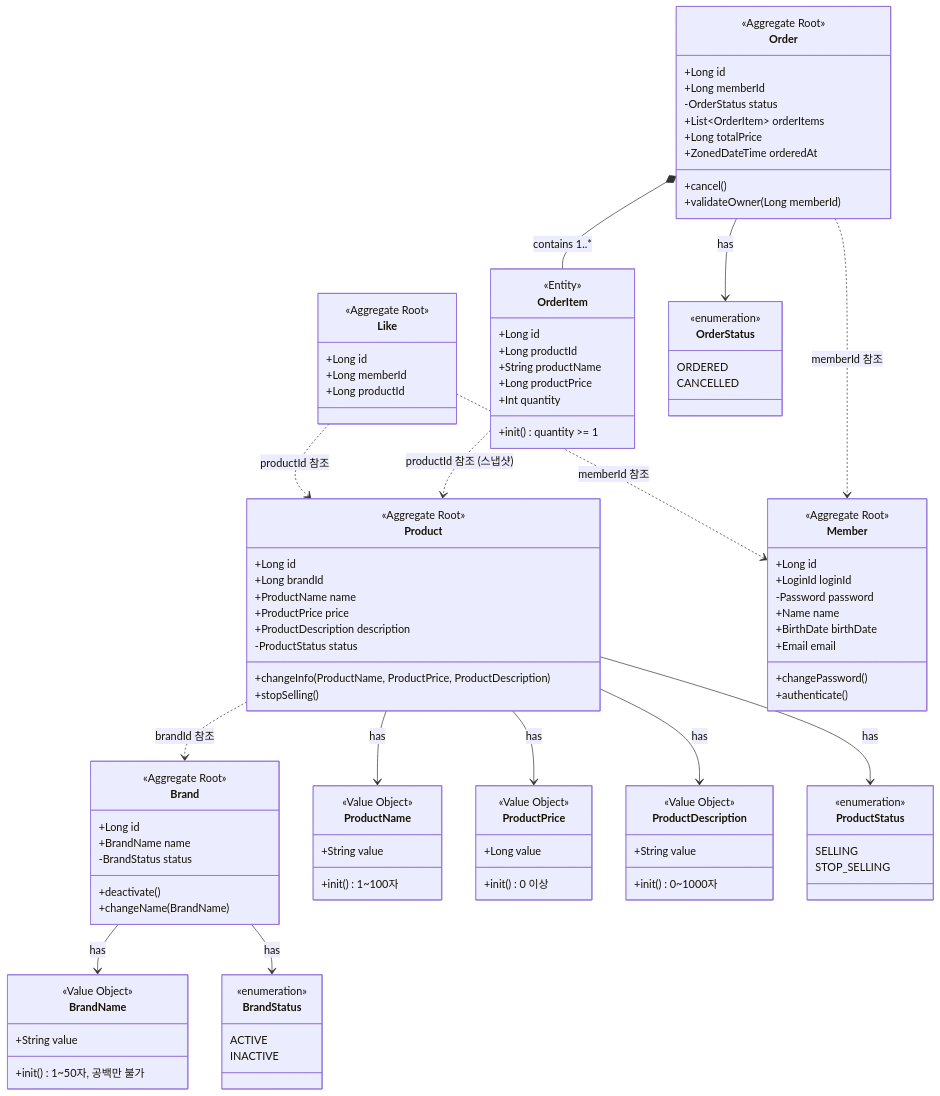
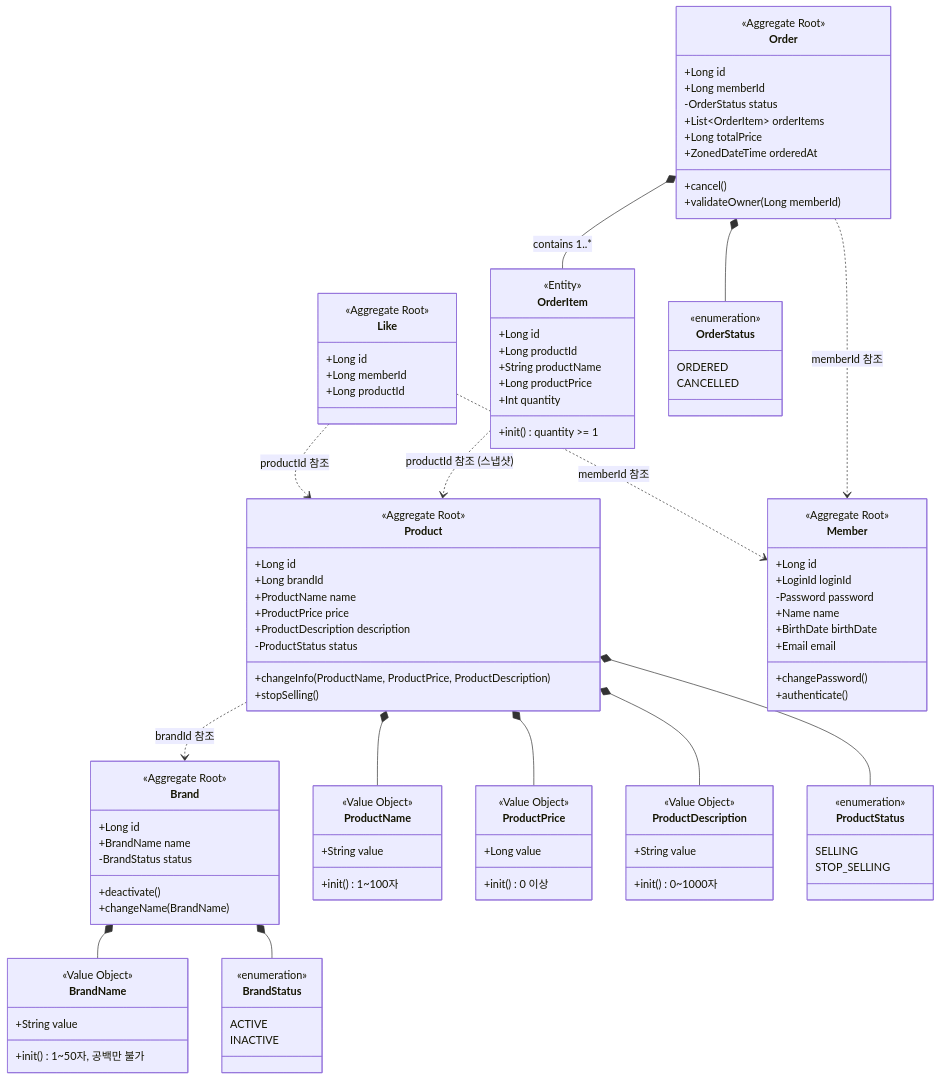
One commit to Loopers-dev-lab/loop-pack-be-l2-vol3-kotlin changed the first of 6 diagrams in .docs/design/03-class-diagram.md. Above: the diagram before and after it, drawn with Mermaid. The commit also changed other lines of this file and 1 other file, not shown here.

First line of the commit message:
docs(design): UML 표준 준수를 위한 다이어그램 표기법 수정

```diff
--- a/.docs/design/03-class-diagram.md
+++ b/.docs/design/03-class-diagram.md
@@ -33,8 +33,8 @@
         INACTIVE
     }
 
-    Brand --> BrandName : has
-    Brand --> BrandStatus : has
+    Brand *-- BrandName
+    Brand *-- BrandStatus
 
     %% === Product Aggregate ===
     class Product {
@@ -69,10 +69,10 @@
         STOP_SELLING
     }
 
-    Product --> ProductName : has
-    Product --> ProductPrice : has
-    Product --> ProductDescription : has
-    Product --> ProductStatus : has
+    Product *-- ProductName
+    Product *-- ProductPrice
+    Product *-- ProductDescription
+    Product *-- ProductStatus
     Product ..> Brand : brandId 참조
 
     %% === Like Aggregate ===
@@ -113,7 +113,7 @@
         CANCELLED
     }
 
-    Order --> OrderStatus : has
+    Order *-- OrderStatus
     Order *-- OrderItem : contains 1..*
     Order ..> Member : memberId 참조
     OrderItem ..> Product : productId 참조 (스냅샷)
```
